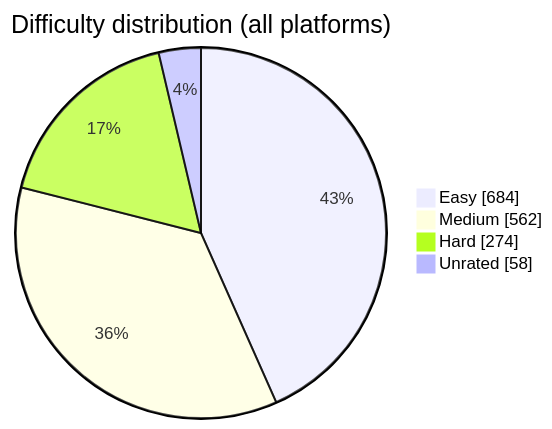
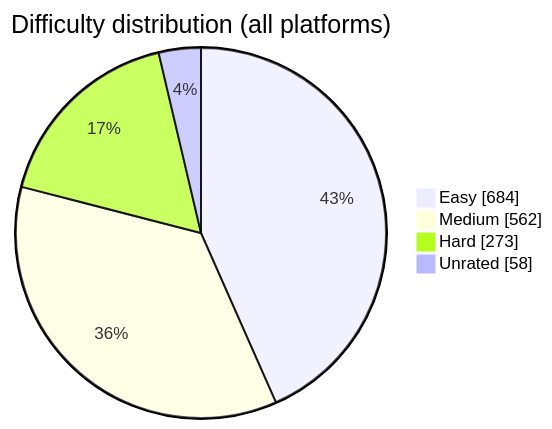
One commit to BuildbyArindam/Daily-Coding-Log changed the diagram in README.md. Above: the diagram before and after it, drawn with Mermaid. The commit also changed other lines of this file, not shown here.

````diff
--- a/README.md
+++ b/README.md
@@ -93,7 +93,7 @@
 ```mermaid
 pie showData title Difficulty distribution (all platforms)
     "Easy" : 684
     "Medium" : 562
-    "Hard" : 274
+    "Hard" : 273
     "Unrated" : 58
 ```
````
